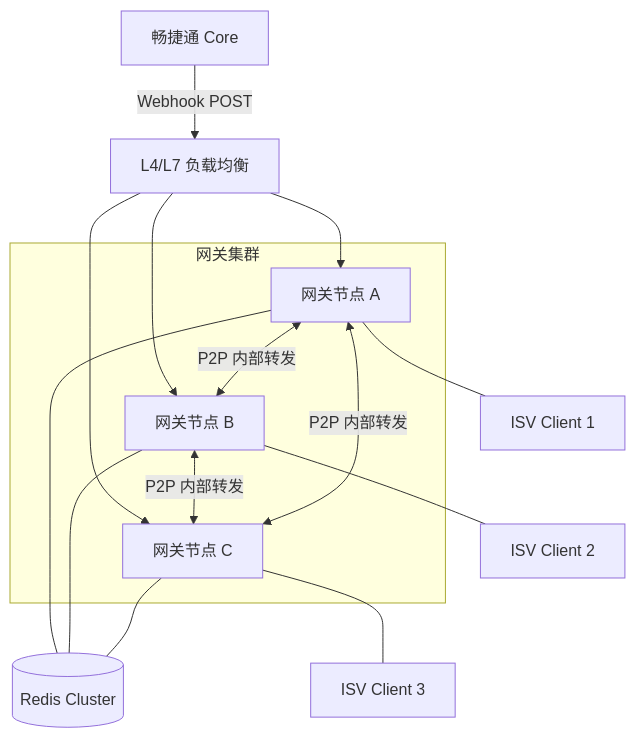
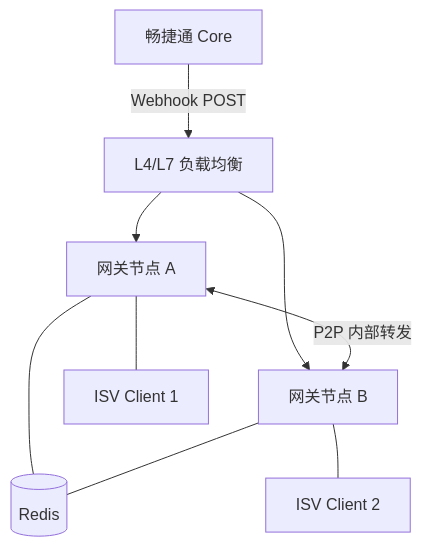
The diagram in docs/design/Architecture_Design.md (Chanjet/chanjet-openplatform-stream-java), drawn with Mermaid before and after one commit. The commit also changed other lines of this file and 4 other files, not shown here.

Commit message:
SYKFPT-1061: 全量更新并对齐设计文档，确保 Architecture, PRD, DataModel 与代码实现 100% 同步

````diff
--- a/docs/design/Architecture_Design.md
+++ b/docs/design/Architecture_Design.md
@@ -18,21 +18,11 @@
 ```mermaid
 graph TD
     Core[畅捷通 Core] -->|Webhook POST| LB[L4/L7 负载均衡]
     LB --> NodeA[网关节点 A]
     LB --> NodeB[网关节点 B]
-    LB --> NodeC[网关节点 C]
-    
-    subgraph Cluster[网关集群]
-        NodeA <-->|P2P 内部转发| NodeB
-        NodeB <-->|P2P 内部转发| NodeC
-        NodeC <-->|P2P 内部转发| NodeA
-    end
-
-    NodeA --- Redis[(Redis Cluster)]
+    NodeA <-->|P2P 内部转发| NodeB
+    NodeA --- Redis[(Redis)]
     NodeB --- Redis
-    NodeC --- Redis
-
     NodeA --- Client1[ISV Client 1]
     NodeB --- Client2[ISV Client 2]
-    NodeC --- Client3[ISV Client 3]
 ```
````
